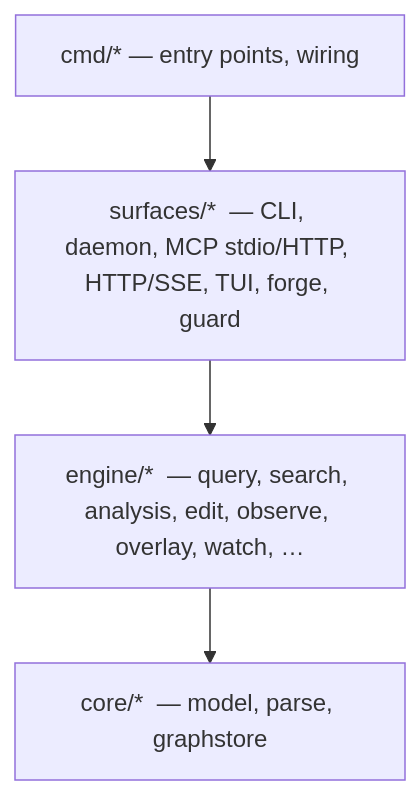
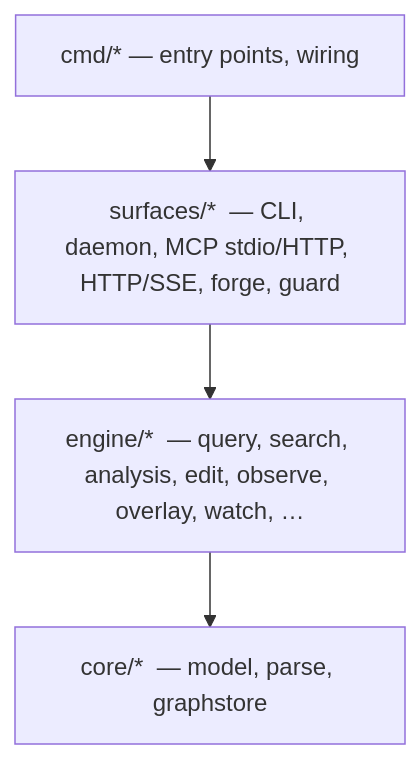
The diagram in readme.md (samibel/graphi), drawn with Mermaid before and after one commit. The commit also changed other lines of this file and 14 other files, not shown here.

````diff
--- a/readme.md
+++ b/readme.md
@@ -223,8 +223,8 @@
 ```mermaid
 flowchart TD
     CMD["cmd/*  — entry points, wiring"]
-    SURF["surfaces/*  — CLI, daemon, MCP stdio/HTTP, HTTP/SSE, TUI, forge, guard"]
+    SURF["surfaces/*  — CLI, daemon, MCP stdio/HTTP, HTTP/SSE, forge, guard"]
     ENG["engine/*  — query, search, analysis, edit, observe, overlay, watch, …"]
     CORE["core/*  — model, parse, graphstore"]
     CMD --> SURF --> ENG --> CORE
 ```
````
